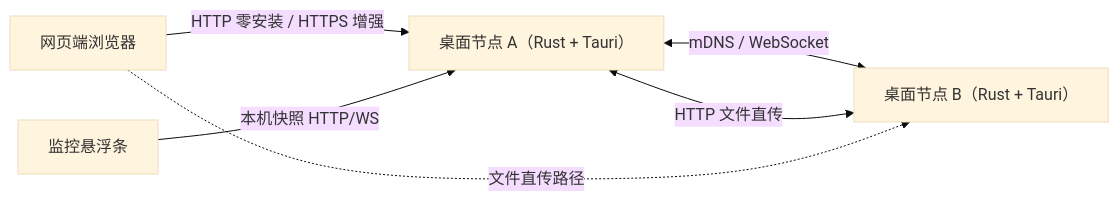
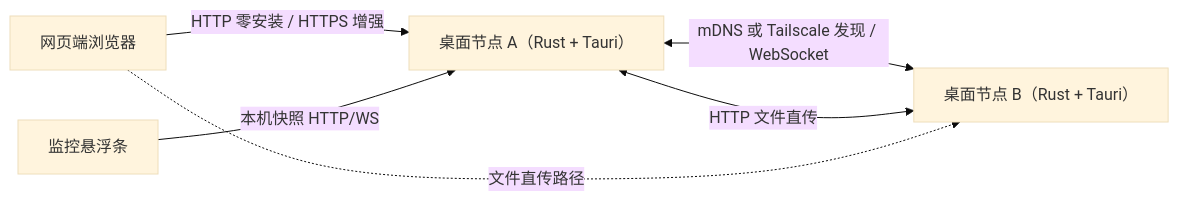
One commit to yangjinming1062/MeshShare changed the first of 7 diagrams in docs/ARCHITECTURE_MAP.md. Above: the diagram before and after it, drawn with Mermaid (base theme). The commit also changed 12 other files, not shown here.

````diff
--- a/docs/ARCHITECTURE_MAP.md
+++ b/docs/ARCHITECTURE_MAP.md
@@ -5,8 +5,8 @@
 ```mermaid
 flowchart LR
-  A["桌面节点 A（Rust + Tauri）"] <-->|mDNS / WebSocket| B["桌面节点 B（Rust + Tauri）"]
+  A["桌面节点 A（Rust + Tauri）"] <-->|mDNS 或 Tailscale 发现 / WebSocket| B["桌面节点 B（Rust + Tauri）"]
   A <-->|HTTP 文件直传| B
   P["网页端浏览器"] -->|HTTP 零安装 / HTTPS 增强| A
   P -.->|文件直传路径| B
   M["监控悬浮条"] -->|本机快照 HTTP/WS| A
 ```
````
